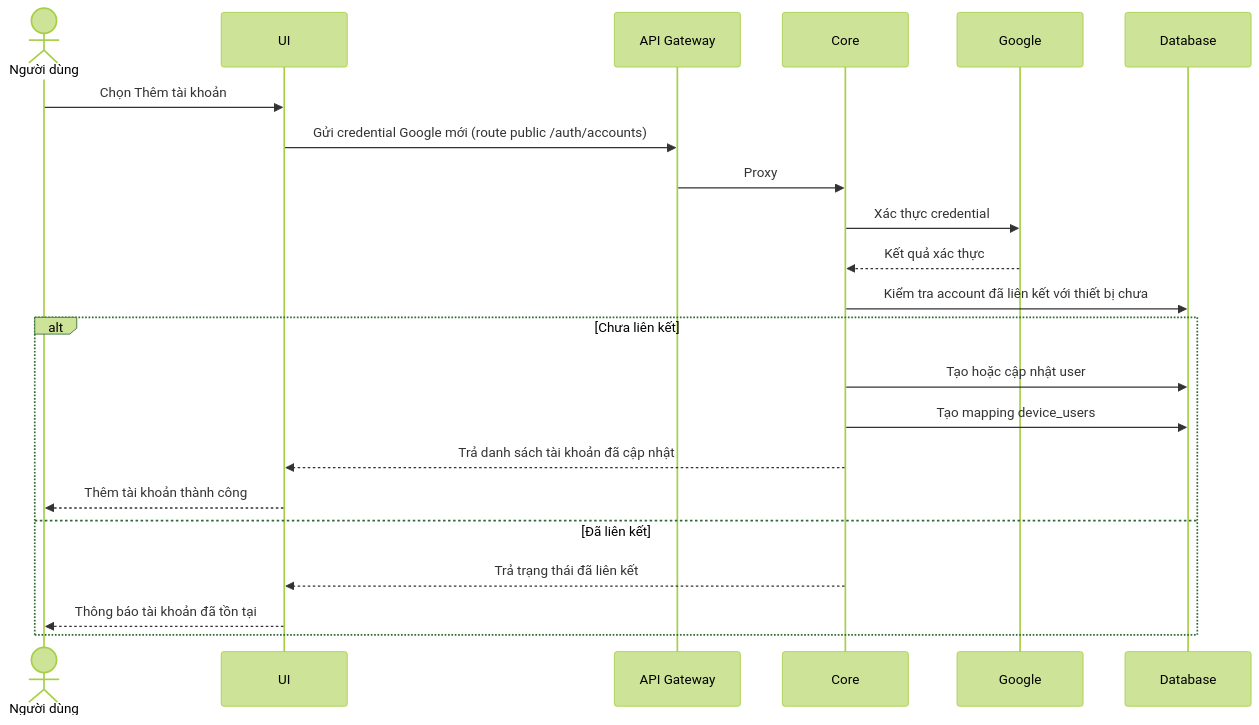
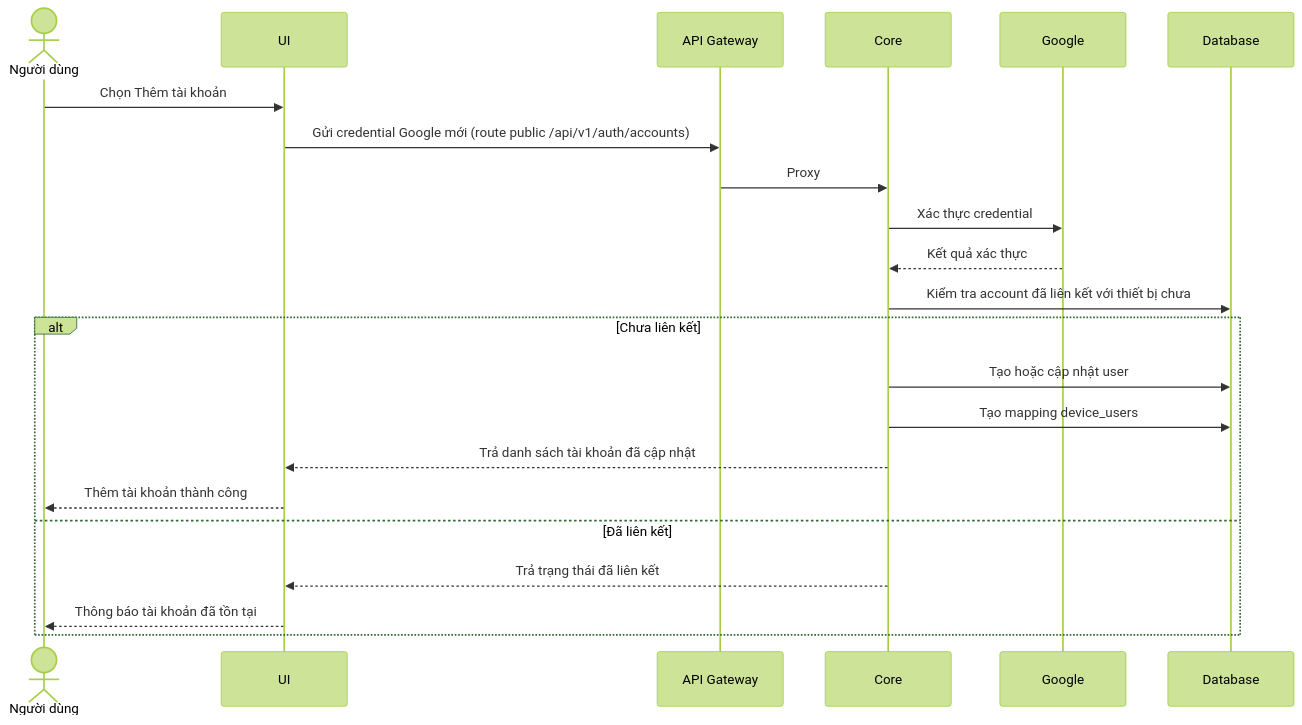
Before and after one commit to CVThien2k2/joytab: the third of 6 diagrams in docs/thiet-ke-he-thong-20260522.md, drawn with Mermaid (forest theme). The commit also changed other lines of this file and 3 other files, not shown here.

````diff
--- a/docs/thiet-ke-he-thong-20260522.md
+++ b/docs/thiet-ke-he-thong-20260522.md
@@ -80,25 +80,25 @@
 ```mermaid
 sequenceDiagram
   actor ND as Người dùng
   participant UI
   participant GW as API Gateway
   participant API as Core
   participant GG as Google
   participant DB as Database
 
   ND->>UI: Chọn Thêm tài khoản
-  UI->>GW: Gửi credential Google mới (route public /auth/accounts)
+  UI->>GW: Gửi credential Google mới (route public /api/v1/auth/accounts)
   GW->>API: Proxy
   API->>GG: Xác thực credential
   GG-->>API: Kết quả xác thực
   API->>DB: Kiểm tra account đã liên kết với thiết bị chưa
   alt Chưa liên kết
     API->>DB: Tạo hoặc cập nhật user
     API->>DB: Tạo mapping device_users
     API-->>UI: Trả danh sách tài khoản đã cập nhật
     UI-->>ND: Thêm tài khoản thành công
   else Đã liên kết
     API-->>UI: Trả trạng thái đã liên kết
     UI-->>ND: Thông báo tài khoản đã tồn tại
   end
 ```
````
